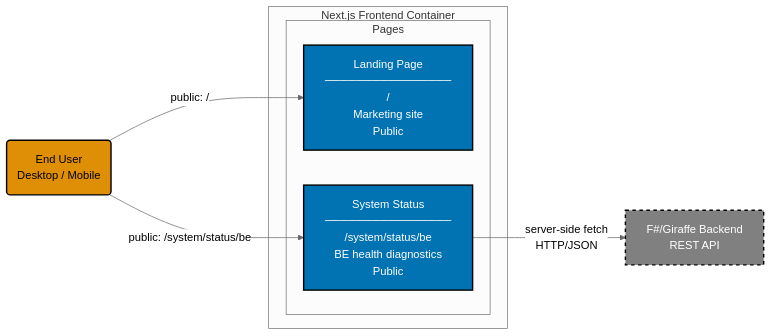
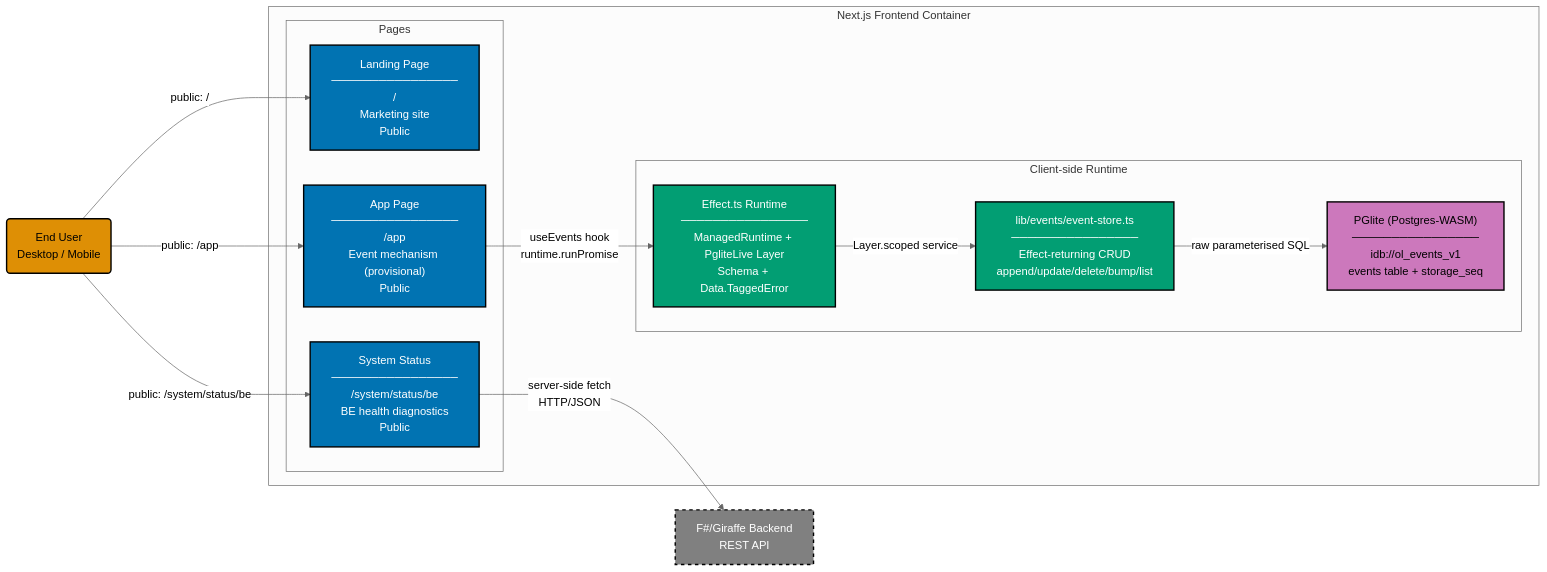
Before and after one commit to wahidyankf/open-sharia-enterprise: the diagram in specs/apps/organiclever/c4/component-fe.md, drawn with Mermaid (neutral theme). The commit also changed other lines of this file and 8 other files, not shown here.

First line of the commit message:
docs(plans): adopt Effect.ts in event-mechanism gear-up + specs

````diff
--- a/specs/apps/organiclever/c4/component-fe.md
+++ b/specs/apps/organiclever/c4/component-fe.md
@@ -12,25 +16,38 @@
 ```mermaid
 %% Color Palette: Blue #0173B2 | Orange #DE8F05 | Teal #029E73 | Purple #CC78BC | Brown #CA9161 | Gray #808080
 graph LR
     EU("End User<br/>Desktop / Mobile"):::actor
 
     subgraph FE["Next.js Frontend Container"]
 
         subgraph LAYER1["Pages"]
             LANDING["Landing Page<br/>────────────────<br/>/<br/>Marketing site<br/>Public"]:::page
             STATUS["System Status<br/>────────────────<br/>/system/status/be<br/>BE health diagnostics<br/>Public"]:::page
+            APP["App Page<br/>────────────────<br/>/app<br/>Event mechanism (provisional)<br/>Public"]:::page
+        end
+
+        subgraph LAYER2["Client-side Runtime"]
+            EFFECT["Effect.ts Runtime<br/>────────────────<br/>ManagedRuntime + PgliteLive Layer<br/>Schema + Data.TaggedError"]:::runtime
+            STORE["lib/events/event-store.ts<br/>────────────────<br/>Effect-returning CRUD<br/>append/update/delete/bump/list"]:::runtime
+            PGLITE["PGlite (Postgres-WASM)<br/>────────────────<br/>idb://ol_events_v1<br/>events table + storage_seq"]:::storage
         end
 
     end
 
     BE["F#/Giraffe Backend<br/>REST API"]:::external
 
     EU -->|"public: /"| LANDING
     EU -->|"public: /system/status/be"| STATUS
+    EU -->|"public: /app"| APP
 
     STATUS -->|"server-side fetch<br/>HTTP/JSON"| BE
+    APP -->|"useEvents hook<br/>runtime.runPromise"| EFFECT
+    EFFECT -->|"Layer.scoped service"| STORE
+    STORE -->|"raw parameterised SQL"| PGLITE
 
     classDef actor fill:#DE8F05,stroke:#000000,color:#000000,stroke-width:2px
     classDef page fill:#0173B2,stroke:#000000,color:#FFFFFF,stroke-width:2px
+    classDef runtime fill:#029E73,stroke:#000000,color:#FFFFFF,stroke-width:2px
+    classDef storage fill:#CC78BC,stroke:#000000,color:#000000,stroke-width:2px
     classDef external fill:#808080,stroke:#000000,color:#FFFFFF,stroke-width:2px,stroke-dasharray:5 5
 ```
````
